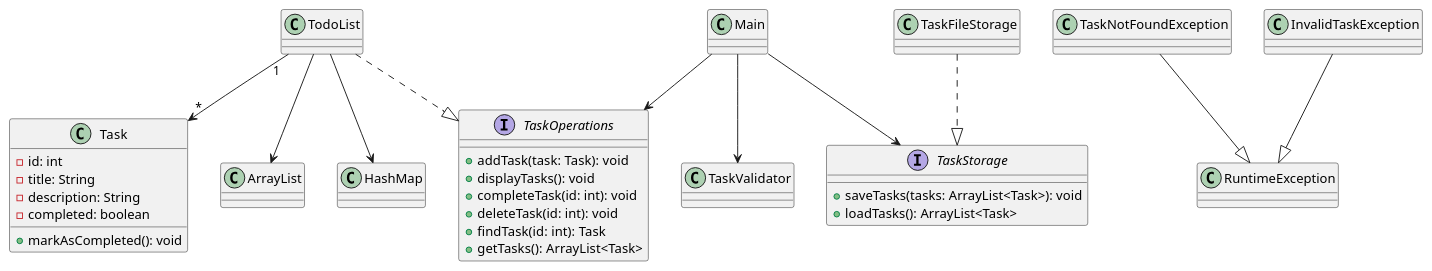
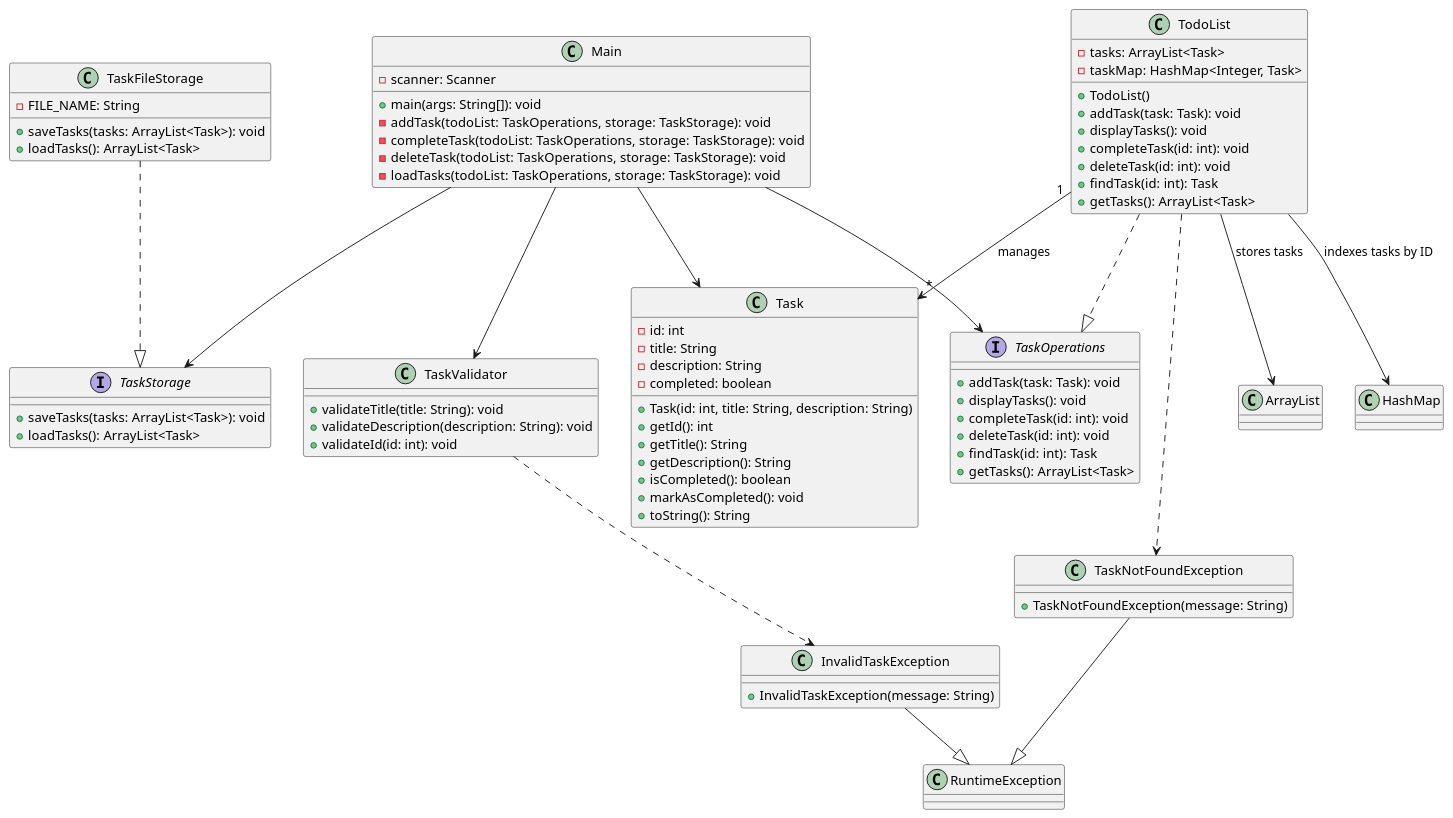
The diagram in UML.md (Blaga-Darius/TodoListManager), drawn with PlantUML before and after one commit. The commit also changed other lines of this file and 4 other files, not shown here.

Commit message:
Update UML documentation and add command-line file configuration

````diff
--- a/UML.md
+++ b/UML.md
@@ -44,3 +48,4 @@
+```plantuml
 @startuml
 
 class Task {
@@ -48,7 +53,13 @@
   - title: String
   - description: String
   - completed: boolean
+  + Task(id: int, title: String, description: String)
+  + getId(): int
+  + getTitle(): String
+  + getDescription(): String
+  + isCompleted(): boolean
   + markAsCompleted(): void
+  + toString(): String
 }
 
 interface TaskOperations {
@@ -65,13 +76,48 @@
   + loadTasks(): ArrayList<Task>
 }
 
-class TodoList
-class TaskFileStorage
-class TaskValidator
-class Main
+class TodoList {
+  - tasks: ArrayList<Task>
+  - taskMap: HashMap<Integer, Task>
+  + TodoList()
+  + addTask(task: Task): void
+  + displayTasks(): void
+  + completeTask(id: int): void
+  + deleteTask(id: int): void
+  + findTask(id: int): Task
+  + getTasks(): ArrayList<Task>
+}
 
-class TaskNotFoundException
-class InvalidTaskException
+class TaskFileStorage {
+  - FILE_NAME: String
+  + saveTasks(tasks: ArrayList<Task>): void
+  + loadTasks(): ArrayList<Task>
+}
+
+class TaskValidator {
+  + validateTitle(title: String): void
+  + validateDescription(description: String): void
+  + validateId(id: int): void
+}
+
+class Main {
+  - scanner: Scanner
+  + main(args: String[]): void
+  - addTask(todoList: TaskOperations, storage: TaskStorage): void
+  - completeTask(todoList: TaskOperations, storage: TaskStorage): void
+  - deleteTask(todoList: TaskOperations, storage: TaskStorage): void
+  - loadTasks(todoList: TaskOperations, storage: TaskStorage): void
+}
+
+class TaskNotFoundException {
+  + TaskNotFoundException(message: String)
+}
+
+class InvalidTaskException {
+  + InvalidTaskException(message: String)
+}
+
+class RuntimeException
 
 TodoList ..|> TaskOperations
 TaskFileStorage ..|> TaskStorage
@@ -79,12 +125,17 @@
 TaskNotFoundException --|> RuntimeException
 InvalidTaskException --|> RuntimeException
 
-TodoList "1" --> "*" Task
-TodoList --> ArrayList
-TodoList --> HashMap
+TodoList "1" --> "*" Task : manages
+TodoList --> ArrayList : stores tasks
+TodoList --> HashMap : indexes tasks by ID
 
 Main --> TaskOperations
 Main --> TaskStorage
 Main --> TaskValidator
+Main --> Task
+
+TaskValidator ..> InvalidTaskException
+TodoList ..> TaskNotFoundException
 
 @enduml
+```
````
